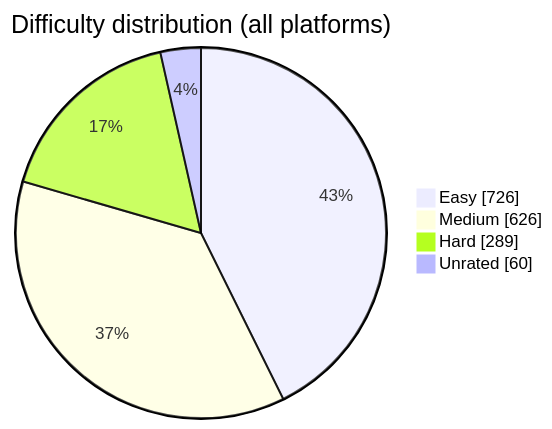
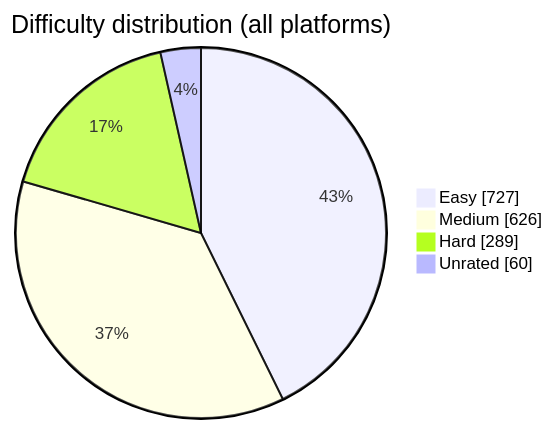
Before and after one commit to BuildbyArindam/Daily-Coding-Log: the diagram in README.md, drawn with Mermaid. The commit also changed other lines of this file, not shown here.

````diff
--- a/README.md
+++ b/README.md
@@ -93,7 +93,7 @@
 ```mermaid
 pie showData title Difficulty distribution (all platforms)
-    "Easy" : 726
+    "Easy" : 727
     "Medium" : 626
     "Hard" : 289
     "Unrated" : 60
 ```
````
